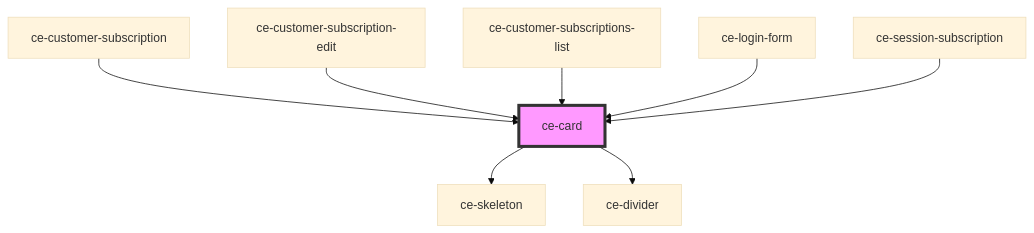
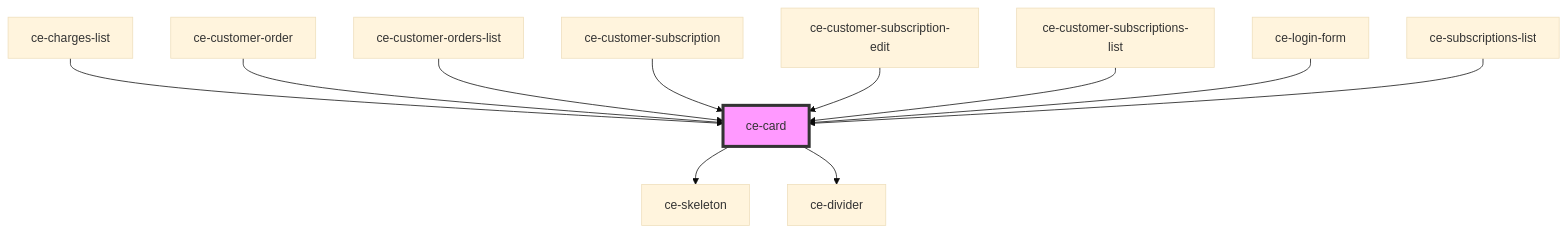
One commit to surecart/surecart-wp-plugin changed the diagram in packages/components/src/components/ui/card/readme.md. Above: the diagram before and after it, drawn with Mermaid (base theme). The commit also changed other lines of this file and 101 other files, not shown here.

````diff
--- a/packages/components/src/components/ui/card/readme.md
+++ b/packages/components/src/components/ui/card/readme.md
@@ -40,11 +44,14 @@
 ```mermaid
 graph TD;
   ce-card --> ce-skeleton
   ce-card --> ce-divider
+  ce-charges-list --> ce-card
+  ce-customer-order --> ce-card
+  ce-customer-orders-list --> ce-card
   ce-customer-subscription --> ce-card
   ce-customer-subscription-edit --> ce-card
   ce-customer-subscriptions-list --> ce-card
   ce-login-form --> ce-card
-  ce-session-subscription --> ce-card
+  ce-subscriptions-list --> ce-card
   style ce-card fill:#f9f,stroke:#333,stroke-width:4px
 ```
````
